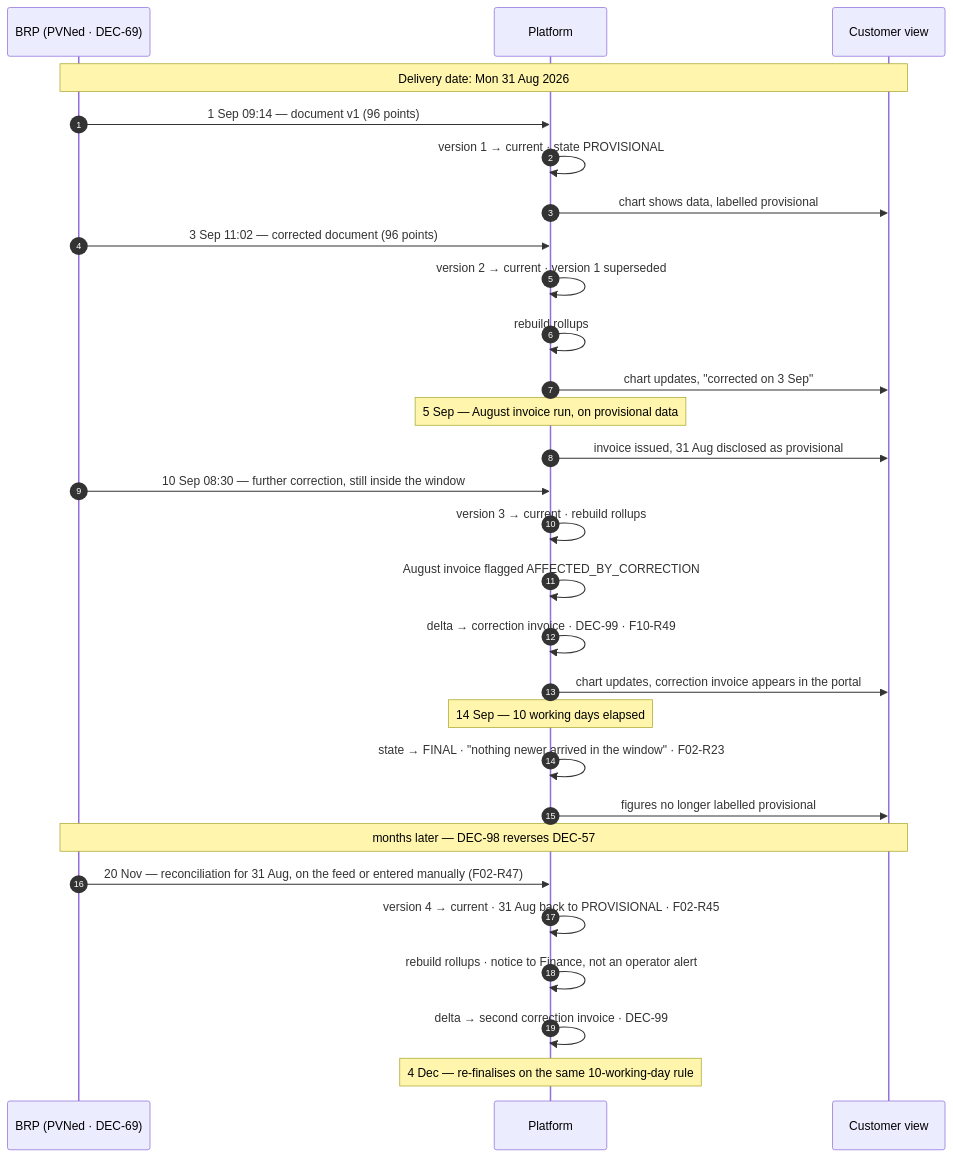
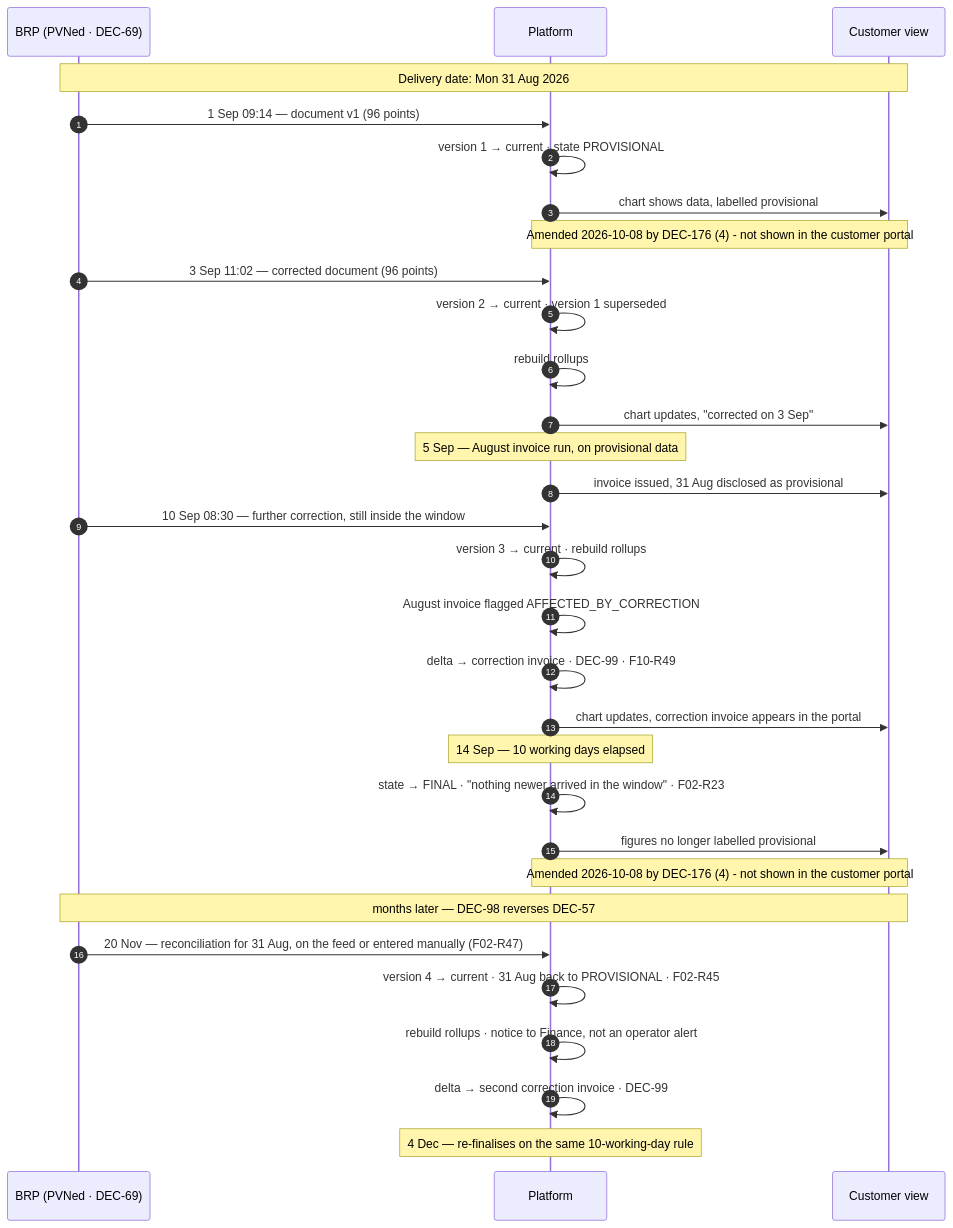
One commit to lukastosic-ifd/peakpowerspecs changed the second of 4 diagrams in specs/40-processes/02-metering-data-flow.md. Above: the diagram before and after it, drawn with Mermaid. The commit also changed other lines of this file and 7 other files, not shown here.

````diff
--- a/specs/40-processes/02-metering-data-flow.md
+++ b/specs/40-processes/02-metering-data-flow.md
@@ -124,38 +124,40 @@
 ```mermaid
 sequenceDiagram
     autonumber
     participant P as BRP (PVNed · DEC-69)
     participant PL as Platform
     participant C as Customer view
 
     Note over P,C: Delivery date: Mon 31 Aug 2026
 
     P->>PL: 1 Sep 09:14 — document v1 (96 points)
     PL->>PL: version 1 → current · state PROVISIONAL
     PL->>C: chart shows data, labelled provisional
+    Note over PL,C: Amended 2026-10-08 by DEC-176 (4) - not shown in the customer portal
 
     P->>PL: 3 Sep 11:02 — corrected document (96 points)
     PL->>PL: version 2 → current · version 1 superseded
     PL->>PL: rebuild rollups
     PL->>C: chart updates, "corrected on 3 Sep"
 
     Note over PL: 5 Sep — August invoice run, on provisional data
     PL->>C: invoice issued, 31 Aug disclosed as provisional
 
     P->>PL: 10 Sep 08:30 — further correction, still inside the window
     PL->>PL: version 3 → current · rebuild rollups
     PL->>PL: August invoice flagged AFFECTED_BY_CORRECTION
     PL->>PL: delta → correction invoice · DEC-99 · F10-R49
     PL->>C: chart updates, correction invoice appears in the portal
 
     Note over PL: 14 Sep — 10 working days elapsed
     PL->>PL: state → FINAL · "nothing newer arrived in the window" · F02-R23
     PL->>C: figures no longer labelled provisional
+    Note over PL,C: Amended 2026-10-08 by DEC-176 (4) - not shown in the customer portal
 
     Note over P,C: months later — DEC-98 reverses DEC-57
     P->>PL: 20 Nov — reconciliation for 31 Aug, on the feed or entered manually (F02-R47)
     PL->>PL: version 4 → current · 31 Aug back to PROVISIONAL · F02-R45
     PL->>PL: rebuild rollups · notice to Finance, not an operator alert
     PL->>PL: delta → second correction invoice · DEC-99
     Note over PL: 4 Dec — re-finalises on the same 10-working-day rule
 ```
````
